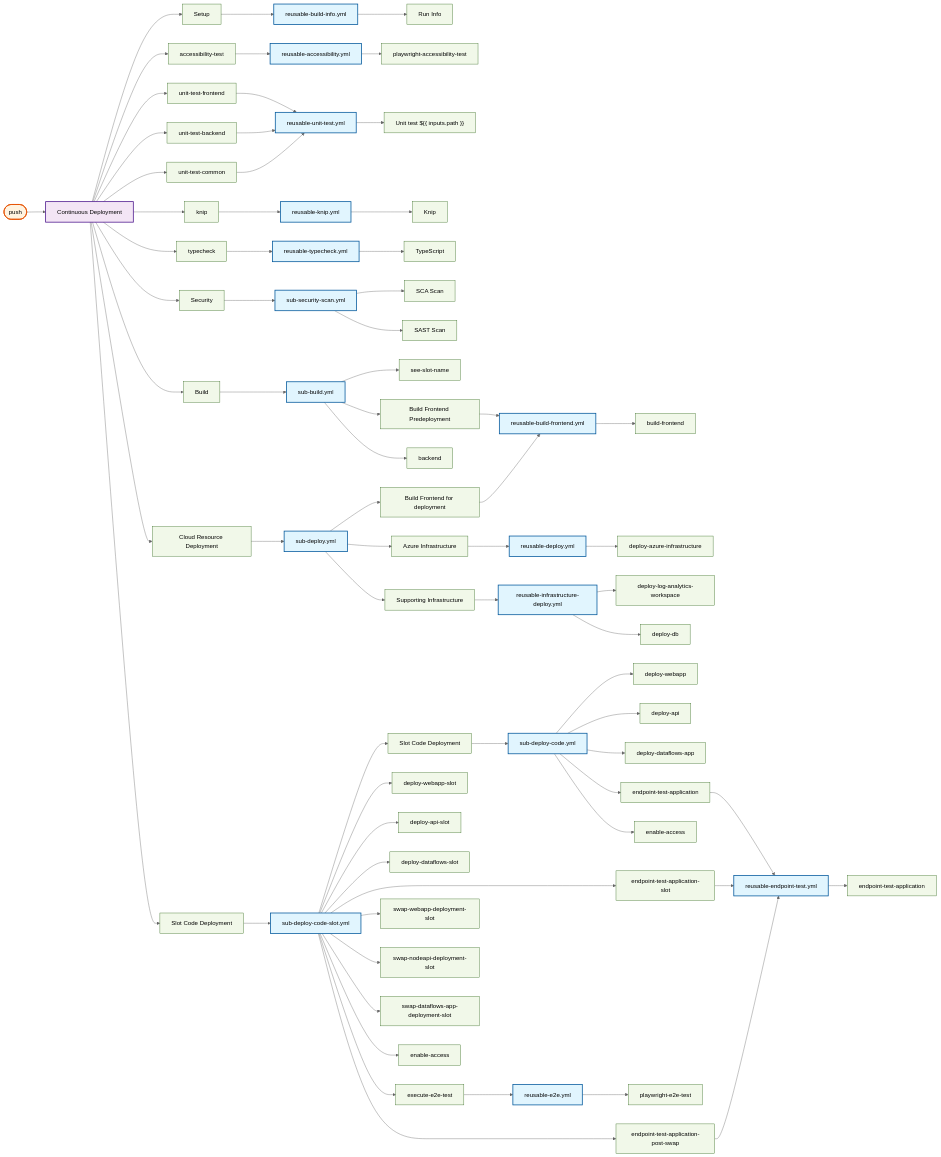
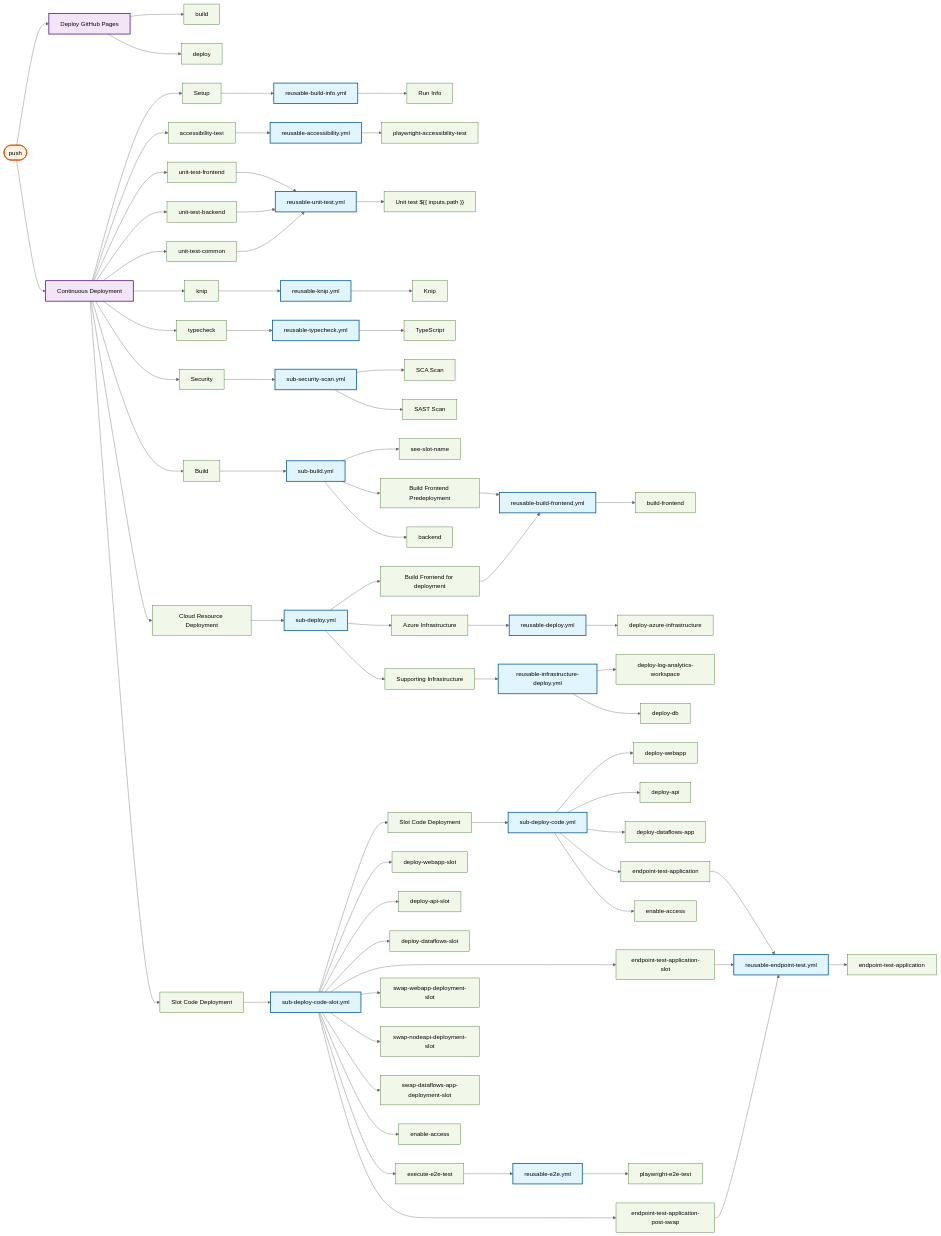
Before and after one commit to US-Trustee-Program/Bankruptcy-Oversight-Support-Systems: the seventh of 25 diagrams in docs/operations/workflow-diagram.md, drawn with Mermaid (neutral theme). The commit also changed other lines of this file and 2 other files, not shown here.

````diff
--- a/docs/operations/workflow-diagram.md
+++ b/docs/operations/workflow-diagram.md
@@ -106,6 +107,9 @@
 ```mermaid
 flowchart LR
     trigger_push(["push"])
+    deploy_pages_yml["Deploy GitHub Pages"]
+    deploy_pages_yml_build["build"]
+    deploy_pages_yml_deploy["deploy"]
     continuous_deployment_yml["Continuous Deployment"]
     continuous_deployment_yml_setup["Setup"]
     reusable_build_info_yml["reusable-build-info.yml"]
@@ -169,6 +173,9 @@
     sub_deploy_code_slot_yml_endpoint_test_application_post_swap["endpoint-test-application-post-swap"]
     sub_deploy_code_slot_yml_enable_access["enable-access"]
 
+    trigger_push --> deploy_pages_yml
+    deploy_pages_yml --> deploy_pages_yml_build
+    deploy_pages_yml --> deploy_pages_yml_deploy
     trigger_push --> continuous_deployment_yml
     continuous_deployment_yml --> continuous_deployment_yml_setup
     reusable_build_info_yml --> reusable_build_info_yml_build_info
@@ -243,6 +250,9 @@
     classDef job fill:#f1f8e9,stroke:#33691e,stroke-width:1px,color:#000000
 
     class trigger_push trigger
+    class deploy_pages_yml mainWorkflow
+    class deploy_pages_yml_build job
+    class deploy_pages_yml_deploy job
     class continuous_deployment_yml mainWorkflow
     class continuous_deployment_yml_setup job
     class reusable_build_info_yml reusable
````
